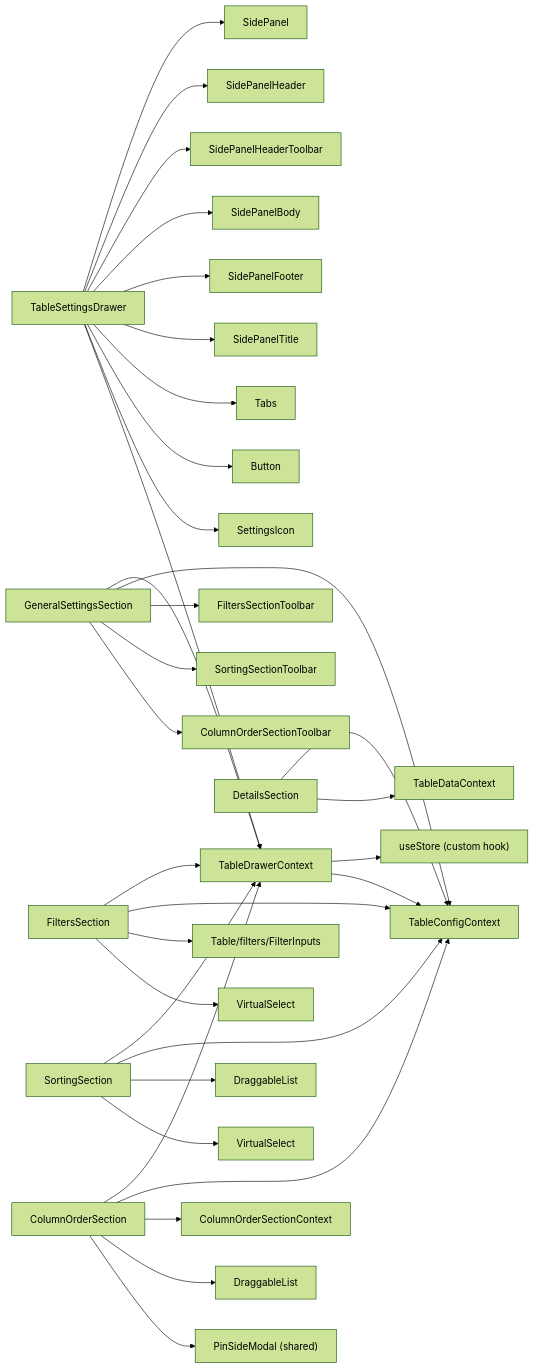
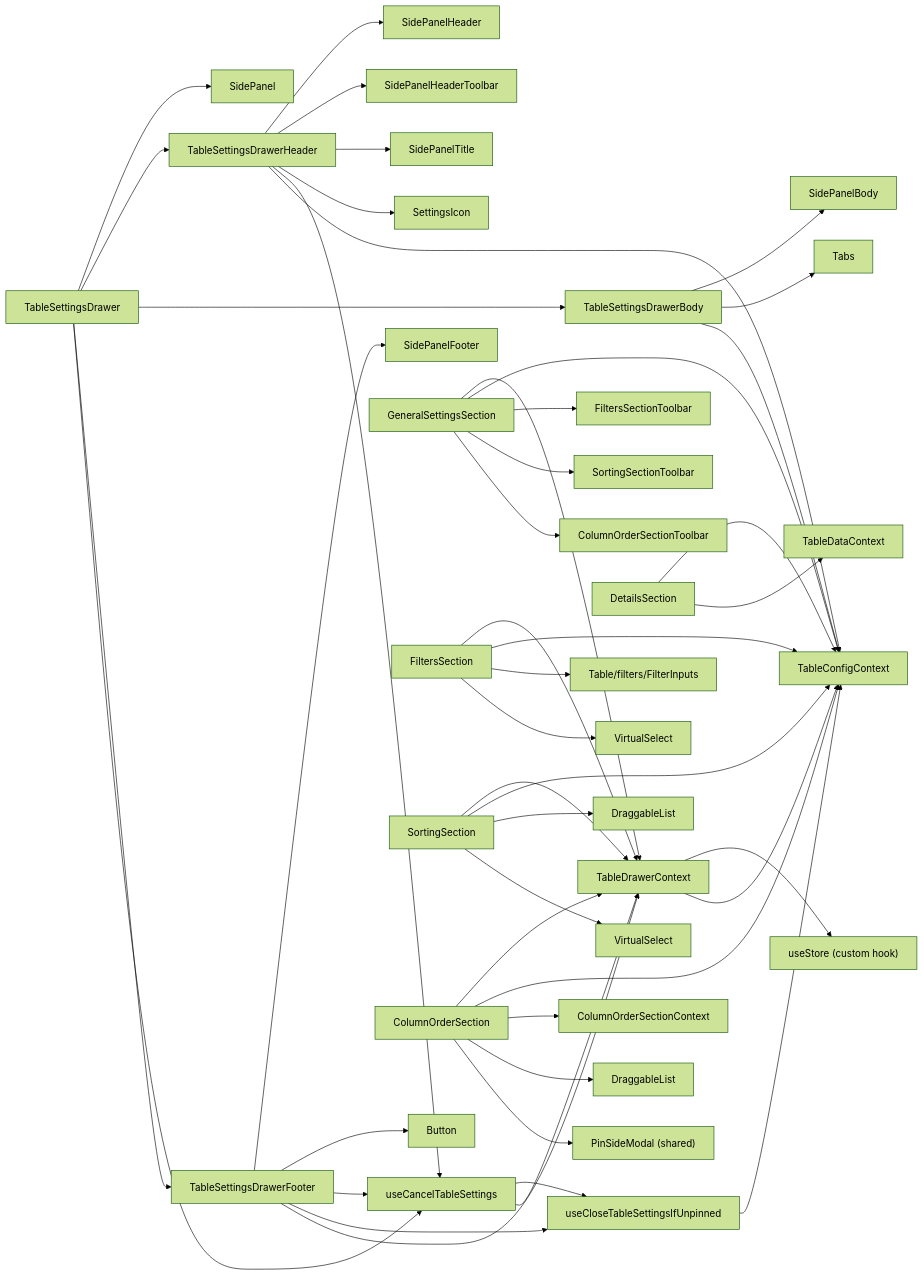
The first of 3 diagrams in packages/ui/src/components/Table/TableSettingsDrawer/ARCHITECTURE.md (luciocabrera/lcabrera-stack), drawn with Mermaid (forest theme) before and after one commit. The commit also changed other lines of this file and 22 other files, not shown here.

````diff
--- a/packages/ui/src/components/Table/TableSettingsDrawer/ARCHITECTURE.md
+++ b/packages/ui/src/components/Table/TableSettingsDrawer/ARCHITECTURE.md
@@ -87,41 +106,57 @@
 ```mermaid
 graph LR
   TSD["TableSettingsDrawer"] --> SidePanel
-  TSD --> SidePanelHeader
-  TSD --> SidePanelHeaderToolbar
-  TSD --> SidePanelBody
-  TSD --> SidePanelFooter
-  TSD --> SidePanelTitle
-  TSD --> Tabs
-  TSD --> Button
-  TSD --> SettingsIcon
-  TSD --> TableDrawerContext
+  TSD --> TSDHeader["TableSettingsDrawerHeader"]
+  TSD --> TSDBody["TableSettingsDrawerBody"]
+  TSD --> TSDFooter["TableSettingsDrawerFooter"]
+  TSD --> CancelHook["useCancelTableSettings"]
+
+  TSDHeader --> SidePanelHeader
+  TSDHeader --> SidePanelHeaderToolbar
+  TSDHeader --> SidePanelTitle
+  TSDHeader --> SettingsIcon
+  TSDHeader --> CancelHook
+  TSDHeader --> TableConfigContext
+
+  TSDBody --> SidePanelBody
+  TSDBody --> Tabs
+  TSDBody --> TableConfigContext
+
+  TSDFooter --> SidePanelFooter
+  TSDFooter --> Button
+  TSDFooter --> CancelHook
+  TSDFooter --> CloseHook["useCloseTableSettingsIfUnpinned"]
+  TSDFooter --> TableDrawerContext
+
+  CancelHook --> CloseHook
+  CancelHook --> TableDrawerContext
+  CloseHook --> TableConfigContext
 
   TableDrawerContext --> useStore["useStore (custom hook)"]
   TableDrawerContext --> TableConfigContext
 
   GeneralSettingsSection --> TableDrawerContext
   GeneralSettingsSection --> TableConfigContext
   GeneralSettingsSection --> FiltersSectionToolbar
   GeneralSettingsSection --> SortingSectionToolbar
   GeneralSettingsSection --> ColumnOrderSectionToolbar
 
   DetailsSection --> TableConfigContext
   DetailsSection --> TableDataContext
 
   FiltersSection --> TableDrawerContext
   FiltersSection --> TableConfigContext
   FiltersSection --> FilterInputs["Table/filters/FilterInputs"]
   FiltersSection --> VirtualSelect
 
   SortingSection --> TableDrawerContext
   SortingSection --> TableConfigContext
   SortingSection --> DraggableList
   SortingSection --> VirtualSelect2["VirtualSelect"]
 
   ColumnOrderSection --> TableDrawerContext
   ColumnOrderSection --> TableConfigContext
   ColumnOrderSection --> ColumnOrderSectionContext
   ColumnOrderSection --> DraggableList2["DraggableList"]
   ColumnOrderSection --> PinSideModal["PinSideModal (shared)"]
 ```
````
